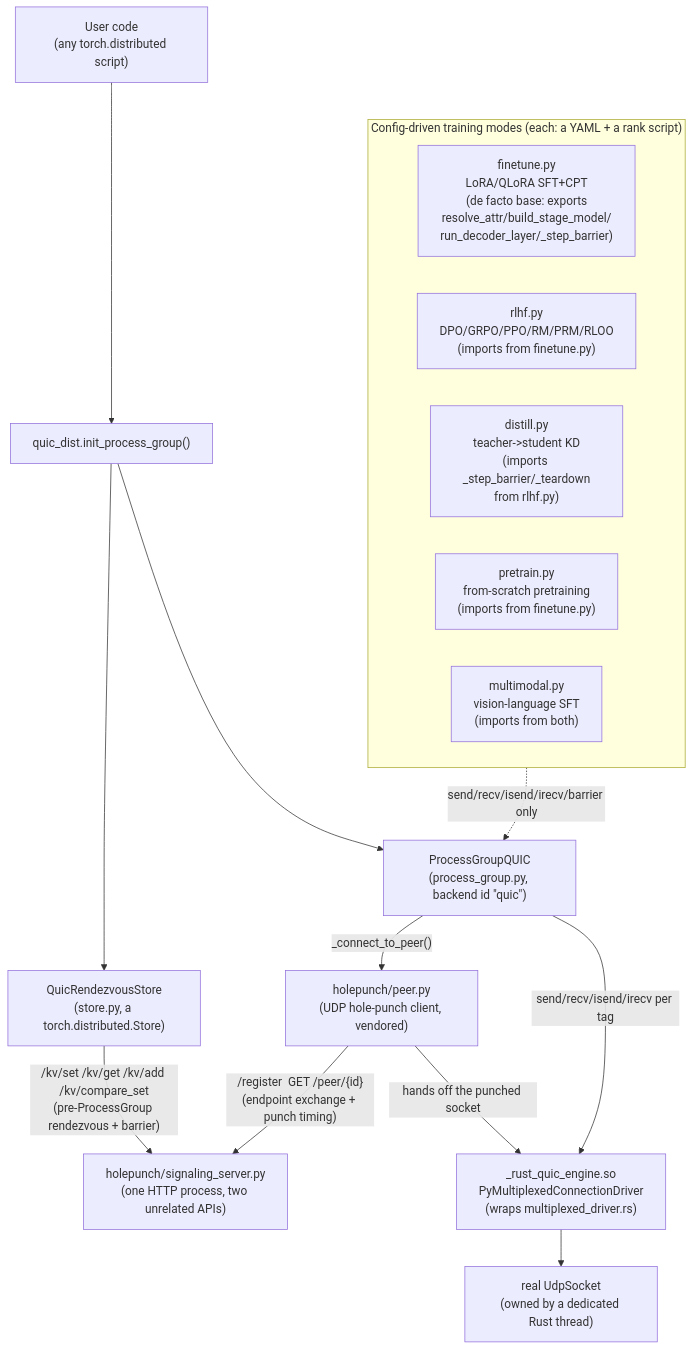
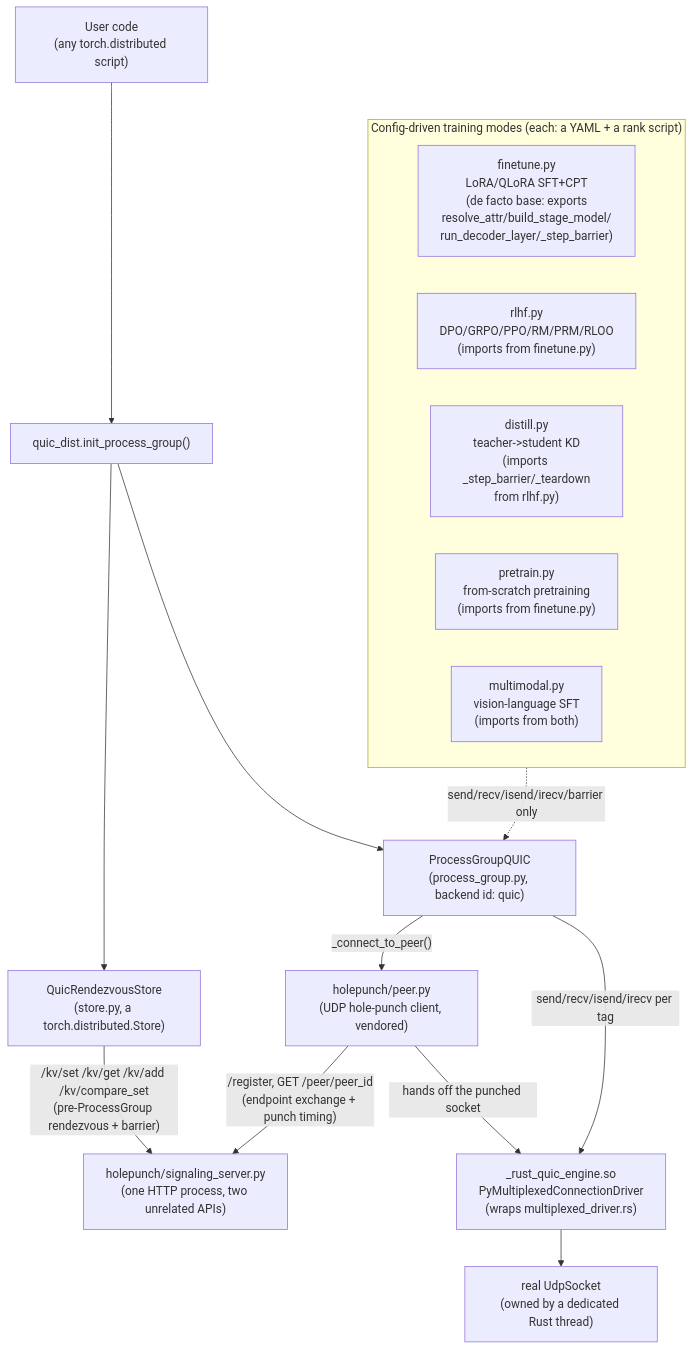
The first of 2 diagrams in docs/architecture.md (overfero/quic_dist), drawn with Mermaid before and after one commit. The commit also changed other lines of this file, not shown here.

Commit message:
Fix Mermaid diagram parse error in docs/architecture.md
GitHub's renderer failed on the flowchart: an HTML-escaped quote
(&quot;quic&quot;) inside a node label decoded back to a literal
double-quote before Mermaid parsed it, terminating the label's string
early. Removed the quotes (and unescaped curly braces in two other
labels, same risk) instead of re-escaping - verified by actually
rendering both diagrams with mermaid-cli (puppeteer, --no-sandbox),
not just reading the syntax.

````diff
--- a/docs/architecture.md
+++ b/docs/architecture.md
@@ -11,31 +11,31 @@
 ```mermaid
 flowchart TB
     user["User code<br/>(any torch.distributed script)"]
     init["quic_dist.init_process_group()"]
-    pg["ProcessGroupQUIC<br/>(process_group.py, backend id &quot;quic&quot;)"]
+    pg["ProcessGroupQUIC<br/>(process_group.py, backend id: quic)"]
     store["QuicRendezvousStore<br/>(store.py, a torch.distributed.Store)"]
     peer["holepunch/peer.py<br/>(UDP hole-punch client, vendored)"]
     sig["holepunch/signaling_server.py<br/>(one HTTP process, two unrelated APIs)"]
     driver["_rust_quic_engine.so<br/>PyMultiplexedConnectionDriver<br/>(wraps multiplexed_driver.rs)"]
     udp["real UdpSocket<br/>(owned by a dedicated Rust thread)"]
 
     user --> init
     init --> pg
     init --> store
     store -- "/kv/set /kv/get /kv/add /kv/compare_set<br/>(pre-ProcessGroup rendezvous + barrier)" --> sig
     pg -- "_connect_to_peer()" --> peer
-    peer -- "/register  GET /peer/{id}<br/>(endpoint exchange + punch timing)" --> sig
+    peer -- "/register, GET /peer/peer_id<br/>(endpoint exchange + punch timing)" --> sig
     peer -- "hands off the punched socket" --> driver
     pg -- "send/recv/isend/irecv per tag" --> driver
     driver --> udp
 
     subgraph modes["Config-driven training modes (each: a YAML + a rank script)"]
         finetune["finetune.py<br/>LoRA/QLoRA SFT+CPT<br/>(de facto base: exports<br/>resolve_attr/build_stage_model/<br/>run_decoder_layer/_step_barrier)"]
         rlhf["rlhf.py<br/>DPO/GRPO/PPO/RM/PRM/RLOO<br/>(imports from finetune.py)"]
         distill["distill.py<br/>teacher->student KD<br/>(imports _step_barrier/_teardown<br/>from rlhf.py)"]
         pretrain["pretrain.py<br/>from-scratch pretraining<br/>(imports from finetune.py)"]
         multimodal["multimodal.py<br/>vision-language SFT<br/>(imports from both)"]
     end
 
     modes -. "send/recv/isend/irecv/barrier only" .-> pg
 ```
````
